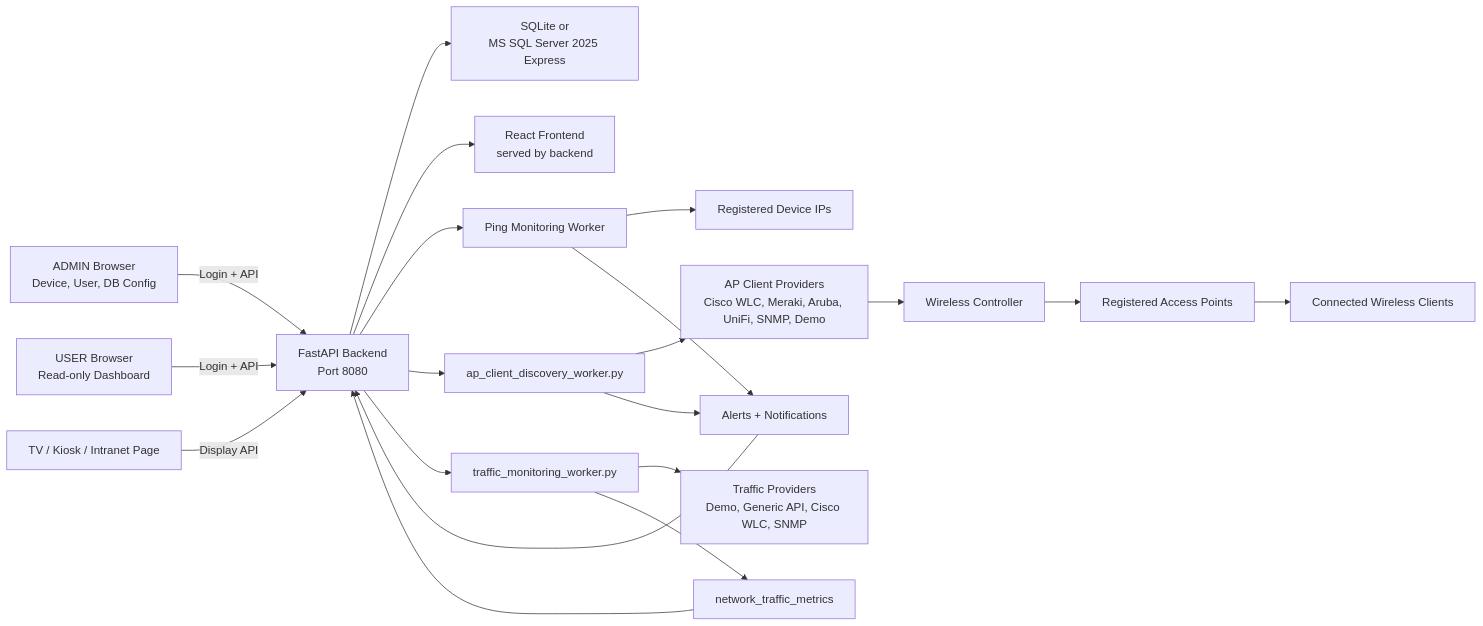
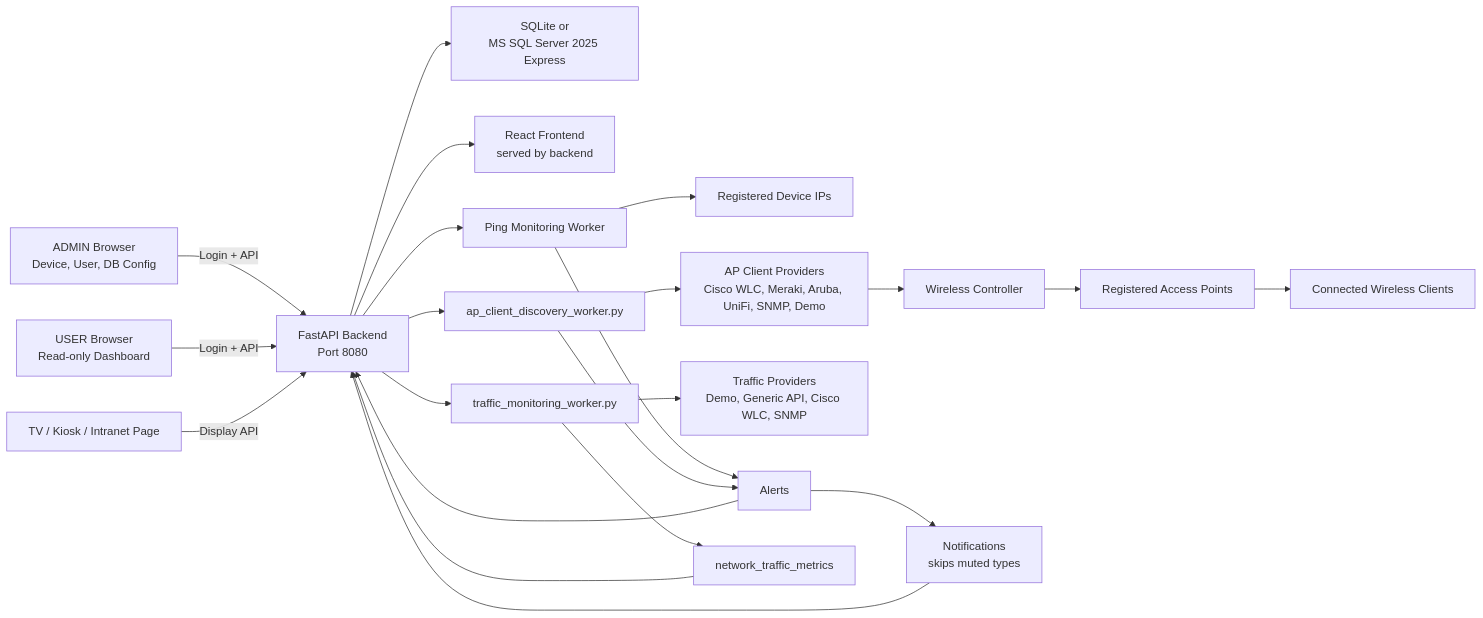
The first of 7 diagrams in docs/workflow-diagrams.md (HenryHitak/vibe-nms), drawn with Mermaid before and after one commit. The commit also changed 10 other files, not shown here.

````diff
--- a/docs/workflow-diagrams.md
+++ b/docs/workflow-diagrams.md
@@ -7,25 +7,27 @@
 ```mermaid
 flowchart LR
     Admin["ADMIN Browser<br/>Device, User, DB Config"] -->|"Login + API"| Backend["FastAPI Backend<br/>Port 8080"]
     User["USER Browser<br/>Read-only Dashboard"] -->|"Login + API"| Backend
     Display["TV / Kiosk / Intranet Page"] -->|"Display API"| Backend
 
     Backend --> DB["SQLite or<br/>MS SQL Server 2025 Express"]
     Backend --> Frontend["React Frontend<br/>served by backend"]
     Backend --> PingWorker["Ping Monitoring Worker"]
     Backend --> APWorker["ap_client_discovery_worker.py"]
     Backend --> TrafficWorker["traffic_monitoring_worker.py"]
 
     PingWorker --> DeviceIPs["Registered Device IPs"]
     APWorker --> APProviders["AP Client Providers<br/>Cisco WLC, Meraki, Aruba, UniFi, SNMP, Demo"]
     TrafficWorker --> TrafficProviders["Traffic Providers<br/>Demo, Generic API, Cisco WLC, SNMP"]
     APProviders --> Controller["Wireless Controller"]
     Controller --> APs["Registered Access Points"]
     APs --> Clients["Connected Wireless Clients"]
 
-    PingWorker --> Alerts["Alerts + Notifications"]
+    PingWorker --> Alerts["Alerts"]
     APWorker --> Alerts
+    Alerts --> Notifications["Notifications<br/>skips muted types"]
     TrafficWorker --> TrafficDB["network_traffic_metrics"]
     Alerts --> Backend
+    Notifications --> Backend
     TrafficDB --> Backend
 ```
````
